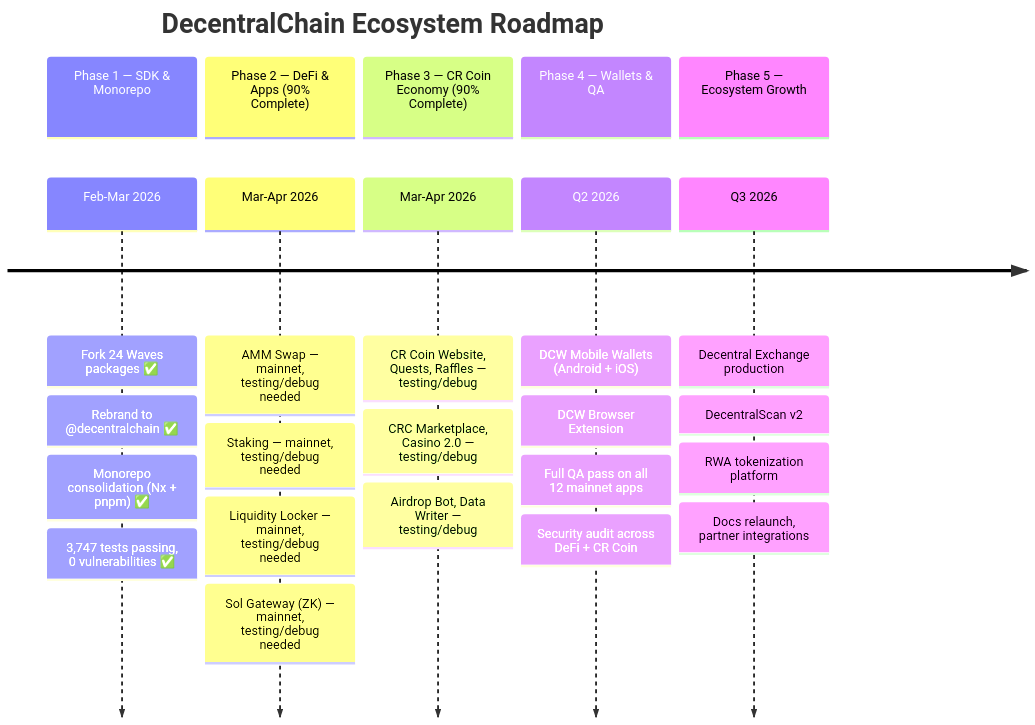
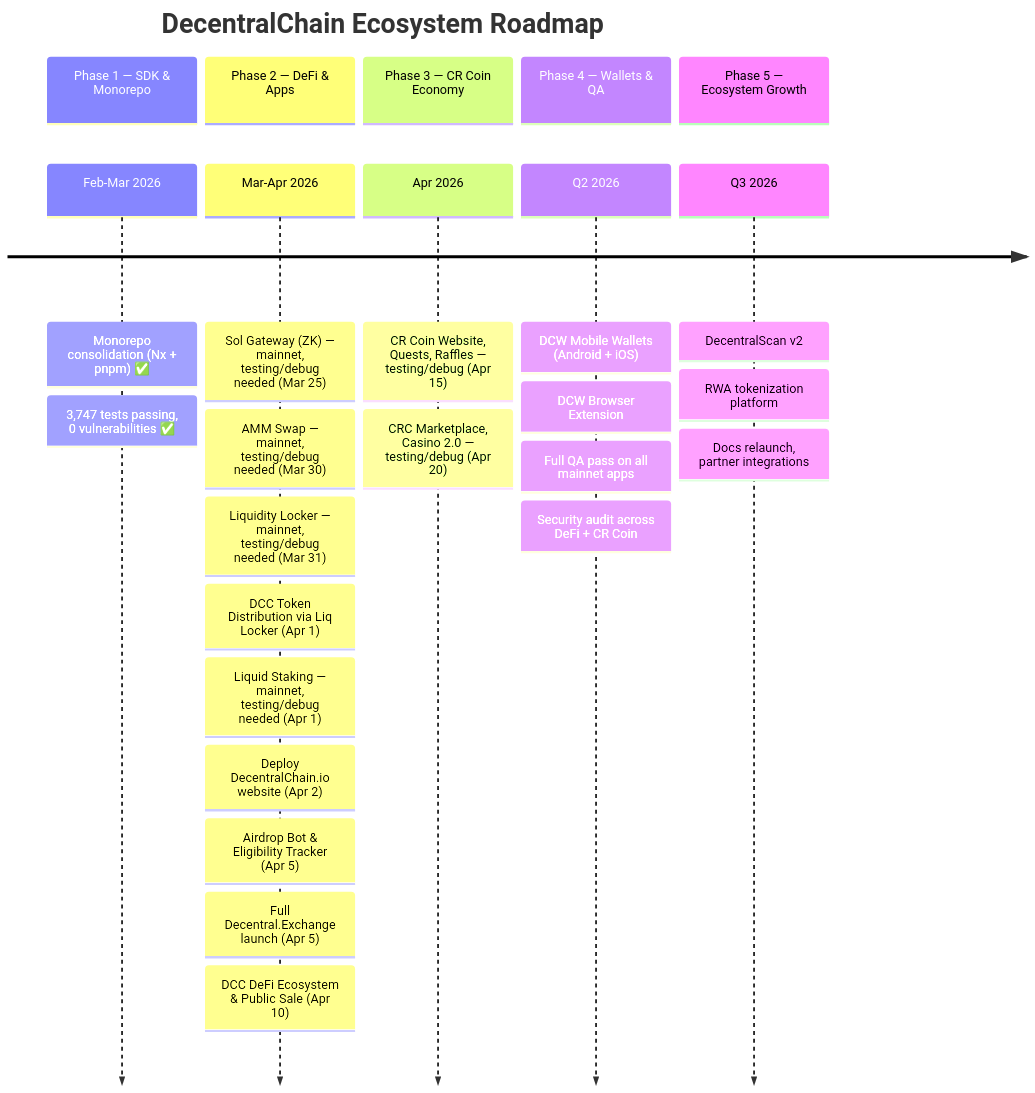
One commit to 33imattei33/roadmap-project changed the first of 11 diagrams in ROADMAP.md. Above: the diagram before and after it, drawn with Mermaid. The commit also changed other lines of this file, not shown here.

First line of the commit message:
docs: rewrite roadmap with Phase 2/3 deadlines and remove upstream references

````diff
--- a/ROADMAP.md
+++ b/ROADMAP.md
@@ -24,28 +24,29 @@
 ```mermaid
 timeline
     title DecentralChain Ecosystem Roadmap
     section Phase 1 — SDK & Monorepo
-        Feb-Mar 2026 : Fork 24 Waves packages ✅
-                     : Rebrand to @decentralchain ✅
-                     : Monorepo consolidation (Nx + pnpm) ✅
+        Feb-Mar 2026 : Monorepo consolidation (Nx + pnpm) ✅
                      : 3,747 tests passing, 0 vulnerabilities ✅
-    section Phase 2 — DeFi & Apps (90% Complete)
-        Mar-Apr 2026 : AMM Swap — mainnet, testing/debug needed
-                     : Staking — mainnet, testing/debug needed
-                     : Liquidity Locker — mainnet, testing/debug needed
-                     : Sol Gateway (ZK) — mainnet, testing/debug needed
-    section Phase 3 — CR Coin Economy (90% Complete)
-        Mar-Apr 2026 : CR Coin Website, Quests, Raffles — testing/debug
-                     : CRC Marketplace, Casino 2.0 — testing/debug
-                     : Airdrop Bot, Data Writer — testing/debug
+    section Phase 2 — DeFi & Apps
+        Mar-Apr 2026 : Sol Gateway (ZK) — mainnet, testing/debug needed (Mar 25)
+                     : AMM Swap — mainnet, testing/debug needed (Mar 30)
+                     : Liquidity Locker — mainnet, testing/debug needed (Mar 31)
+                     : DCC Token Distribution via Liq Locker (Apr 1)
+                     : Liquid Staking — mainnet, testing/debug needed (Apr 1)
+                     : Deploy DecentralChain.io website (Apr 2)
+                     : Airdrop Bot & Eligibility Tracker (Apr 5)
+                     : Full Decentral.Exchange launch (Apr 5)
+                     : DCC DeFi Ecosystem & Public Sale (Apr 10)
+    section Phase 3 — CR Coin Economy
+        Apr 2026     : CR Coin Website, Quests, Raffles — testing/debug (Apr 15)
+                     : CRC Marketplace, Casino 2.0 — testing/debug (Apr 20)
     section Phase 4 — Wallets & QA
         Q2 2026 : DCW Mobile Wallets (Android + iOS)
                 : DCW Browser Extension
-                : Full QA pass on all 12 mainnet apps
+                : Full QA pass on all mainnet apps
                 : Security audit across DeFi + CR Coin
     section Phase 5 — Ecosystem Growth
-        Q3 2026 : Decentral Exchange production
-                : DecentralScan v2
+        Q3 2026 : DecentralScan v2
                 : RWA tokenization platform
                 : Docs relaunch, partner integrations
 ```
````
